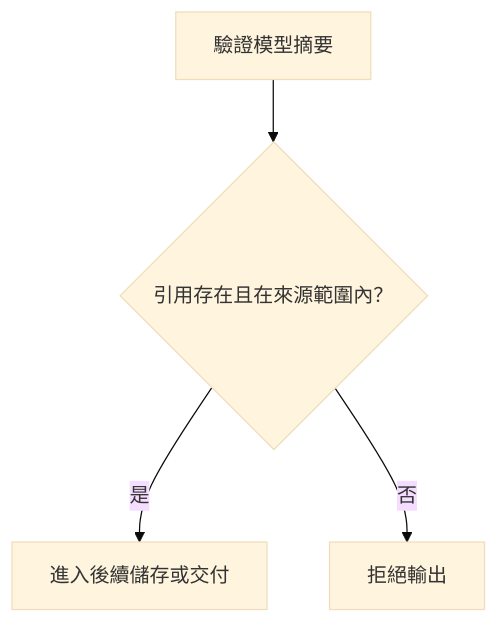
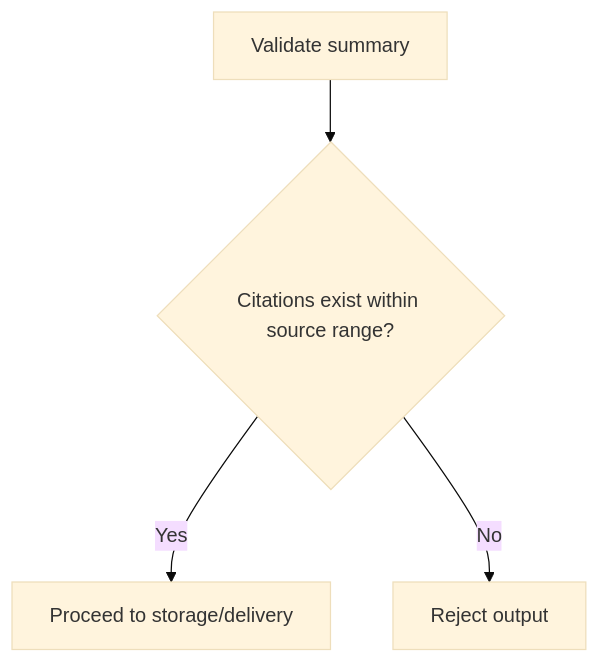
Before and after one commit to 963sup/line-mini-app-bot: the diagram in docs/domains/summary/README.md, drawn with Mermaid (base theme). The commit also changed other lines of this file and 341 other files, not shown here.

````diff
--- a/docs/domains/summary/README.md
+++ b/docs/domains/summary/README.md
@@ -25,6 +31,6 @@
 ```mermaid
 flowchart TD
-    start["驗證模型摘要"] --> gate{"引用存在且在來源範圍內？"}
-    gate -->|是| ok["進入後續儲存或交付"]
-    gate -->|否| stop["拒絕輸出"]
+    start["Validate summary"] --> gate{"Citations exist within source range?"}
+    gate -->|Yes| ok["Proceed to storage/delivery"]
+    gate -->|No| stop["Reject output"]
 ```
````
